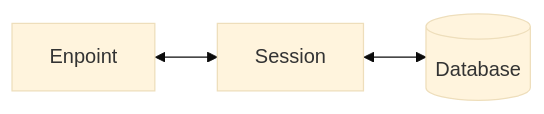
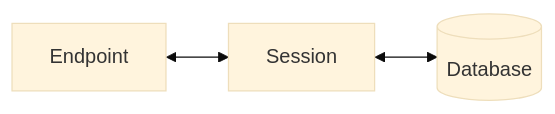
The first of 4 diagrams in slides/brutos/aula_05.md (dunossauro/fastapi-do-zero), drawn with Mermaid (base theme) before and after one commit.

Commit message:
Update aula_05.md
Corrigida grafia de Endpoint no diagrama mermaid.

```diff
--- a/slides/brutos/aula_05.md
+++ b/slides/brutos/aula_05.md
@@ -25,5 +25,5 @@
 <div class="mermaid" style="text-align: center;">
 graph LR
-  Enpoint <--> Session
+  Endpoint <--> Session
   Session <--> id1[(Database)]
 </div>
```
